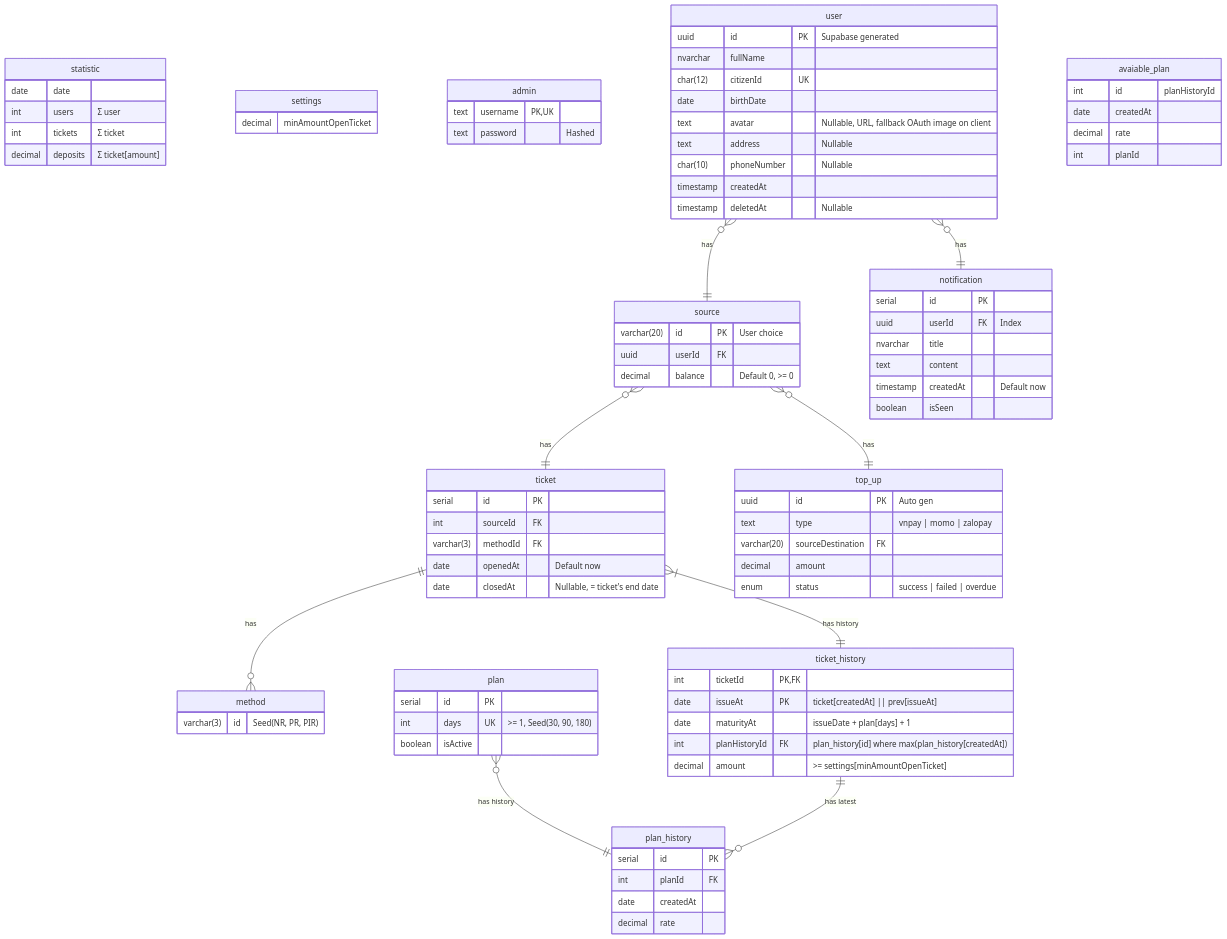
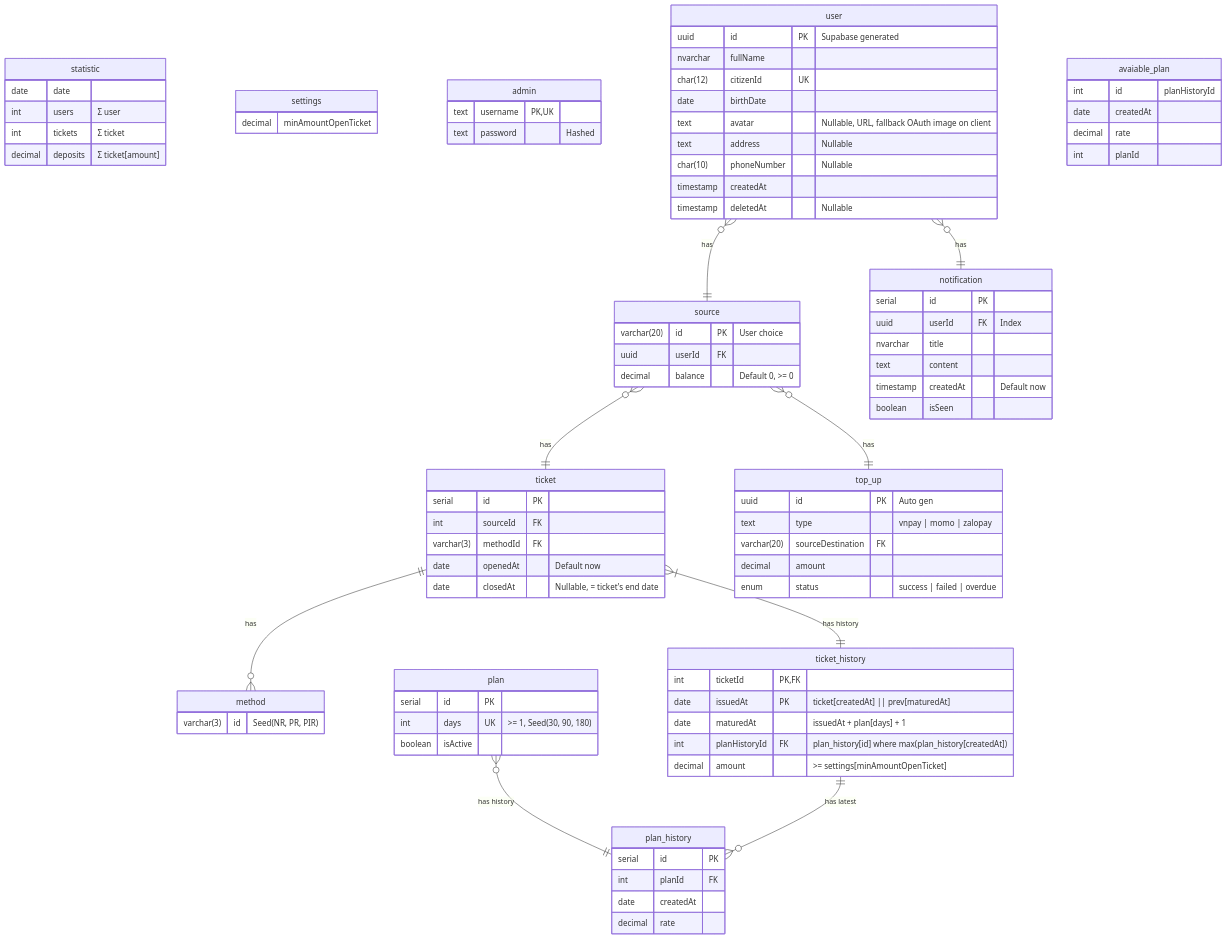
The diagram in docs/diagrams/database.md (coinhub-uit/coinhub-uit.github.io), drawn with Mermaid before and after one commit.

Commit message:
chore(db/ticket_history): change name of field (date)

```diff
--- a/docs/diagrams/database.md
+++ b/docs/diagrams/database.md
@@ -61,8 +61,8 @@
 
   ticket_history {
     int ticketId PK,FK
-    date issueAt PK "ticket[createdAt] || prev[issueAt]"
-    date maturityAt "issueDate + plan[days] + 1"
+    date issuedAt PK "ticket[createdAt] || prev[maturedAt]"
+    date maturedAt "issuedAt + plan[days] + 1"
     int planHistoryId FK "plan_history[id] where max(plan_history[createdAt])"
     decimal amount ">= settings[minAmountOpenTicket]"
   }
```
